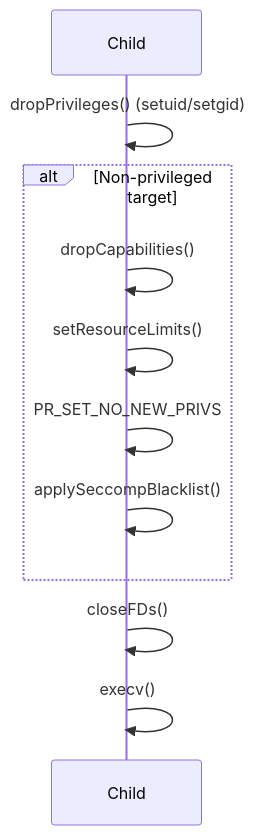
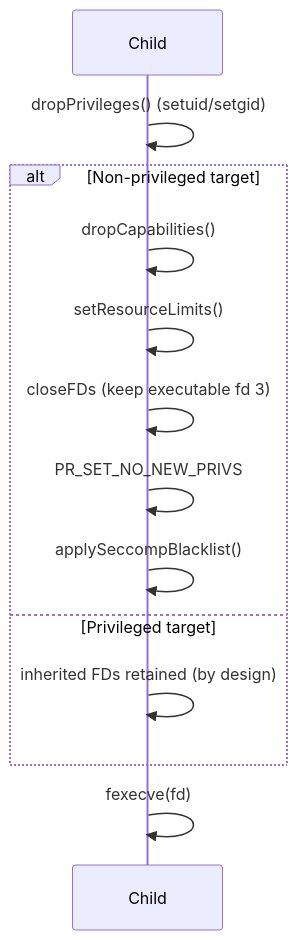
Before and after one commit to Veridian-Zenith/Voix: the second of 2 diagrams in THREATS.md, drawn with Mermaid. The commit also changed other lines of this file and 6 other files, not shown here.

````diff
--- a/THREATS.md
+++ b/THREATS.md
@@ -278,13 +285,15 @@
 ```mermaid
 sequenceDiagram
     participant Child
     Child->>Child: dropPrivileges() (setuid/setgid)
     alt Non-privileged target
         Child->>Child: dropCapabilities()
         Child->>Child: setResourceLimits()
+        Child->>Child: closeFDs (keep executable fd 3)
         Child->>Child: PR_SET_NO_NEW_PRIVS
         Child->>Child: applySeccompBlacklist()
+    else Privileged target
+        Child->>Child: inherited FDs retained (by design)
     end
-    Child->>Child: closeFDs()
-    Child->>Child: execv()
+    Child->>Child: fexecve(fd)
 ```
````
